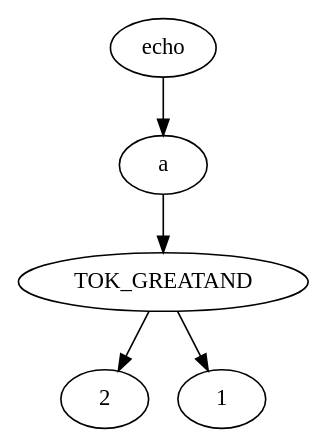
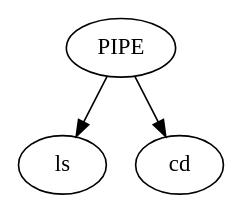
One commit to TristanBilot/42sh changed the diagram in ast.dot. Above: the diagram before and after it, drawn with Graphviz. The commit also changed 7 other files, not shown here.

```diff
--- a/ast.dot
+++ b/ast.dot
@@ -1,11 +1,7 @@
 digraph AST {
-	node_0x7f9138d000c0 [label=echo];
-	node_0x7f9138d000f0 [label=a];
-	node_0x7f9138d000c0 -> node_0x7f9138d000f0;
-	node_0x7f9138d005e0 [label=TOK_GREATAND];
-	node_0x7f9138d000f0 -> node_0x7f9138d005e0;
-	node_0x7f9138d00430 [label=2];
-	node_0x7f9138d005e0 -> node_0x7f9138d00430;
-	node_0x7f9138d004c0 [label=1];
-	node_0x7f9138d005e0 -> node_0x7f9138d004c0;
+	node_0x55b88b12c370 [label=PIPE];
+	node_0x55b88b12c8c0 [label=ls];
+	node_0x55b88b12c370 -> node_0x55b88b12c8c0;
+	node_0x55b88b12c940 [label=cd];
+	node_0x55b88b12c370 -> node_0x55b88b12c940;
 }
```
